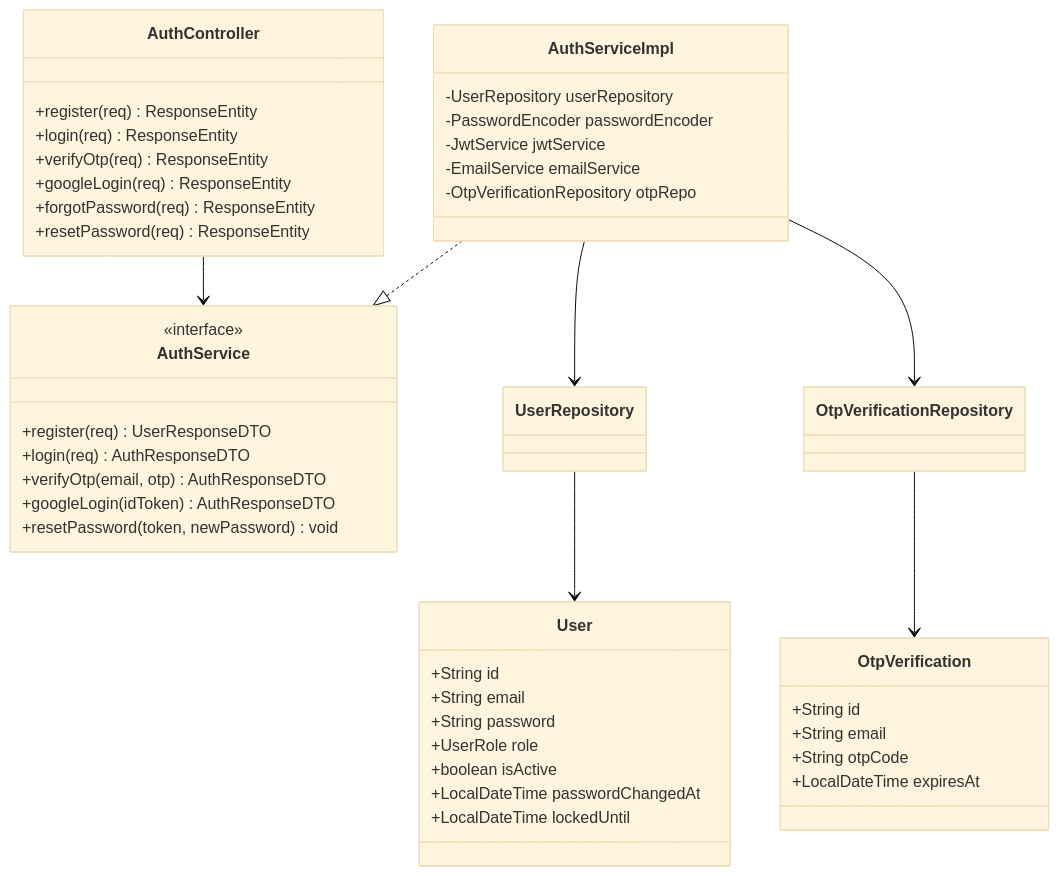
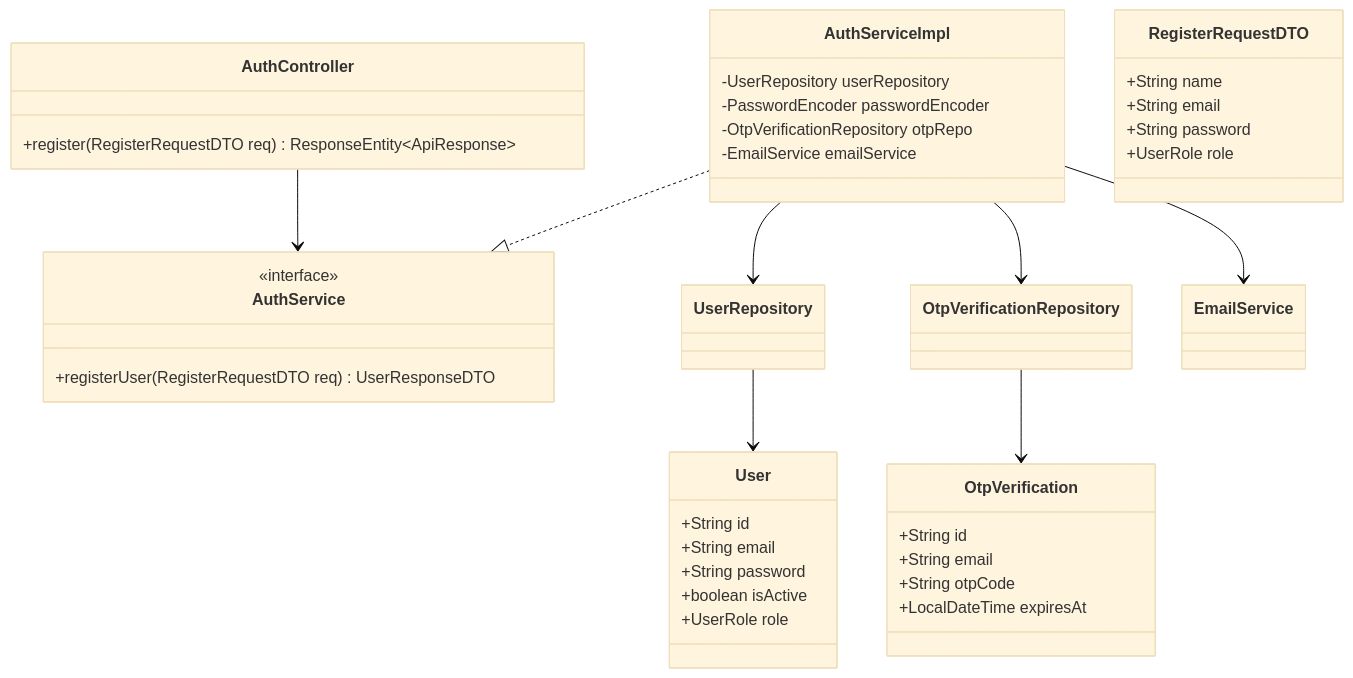
Before and after one commit to The-MC-Hub/MC_Voice_Training_Backend: the first of 12 diagrams in docs/use-cases/UC-01-authentication.md, drawn with Mermaid (base theme). The commit also changed other lines of this file and 12 other files, not shown here.

Commit message:
docs(use-cases): fully expand all sub-use-cases across all 13 UC files with dedicated Class Diagrams, Sequence Diagrams, and Unit Tests

````diff
--- a/docs/use-cases/UC-01-authentication.md
+++ b/docs/use-cases/UC-01-authentication.md
@@ -30,52 +17,42 @@
 ```mermaid
 classDiagram
     class AuthController {
-        +register(req) ResponseEntity
-        +login(req) ResponseEntity
-        +verifyOtp(req) ResponseEntity
-        +googleLogin(req) ResponseEntity
-        +forgotPassword(req) ResponseEntity
-        +resetPassword(req) ResponseEntity
+        +register(RegisterRequestDTO req) ResponseEntity~ApiResponse~
     }
-
     class AuthService {
         <<interface>>
-        +register(req) UserResponseDTO
-        +login(req) AuthResponseDTO
-        +verifyOtp(email, otp) AuthResponseDTO
-        +googleLogin(idToken) AuthResponseDTO
-        +resetPassword(token, newPassword) void
+        +registerUser(RegisterRequestDTO req) UserResponseDTO
     }
-
     class AuthServiceImpl {
         -UserRepository userRepository
         -PasswordEncoder passwordEncoder
-        -JwtService jwtService
+        -OtpVerificationRepository otpRepo
         -EmailService emailService
-        -OtpVerificationRepository otpRepo
     }
-
+    class RegisterRequestDTO {
+        +String name
+        +String email
+        +String password
+        +UserRole role
+    }
     class User {
         +String id
         +String email
         +String password
+        +boolean isActive
         +UserRole role
-        +boolean isActive
-        +LocalDateTime passwordChangedAt
-        +LocalDateTime lockedUntil
     }
-
     class OtpVerification {
         +String id
         +String email
         +String otpCode
         +LocalDateTime expiresAt
     }
-
     AuthController --> AuthService
     AuthServiceImpl ..|> AuthService
     AuthServiceImpl --> UserRepository
     AuthServiceImpl --> OtpVerificationRepository
+    AuthServiceImpl --> EmailService
     UserRepository --> User
     OtpVerificationRepository --> OtpVerification
 ```
````
